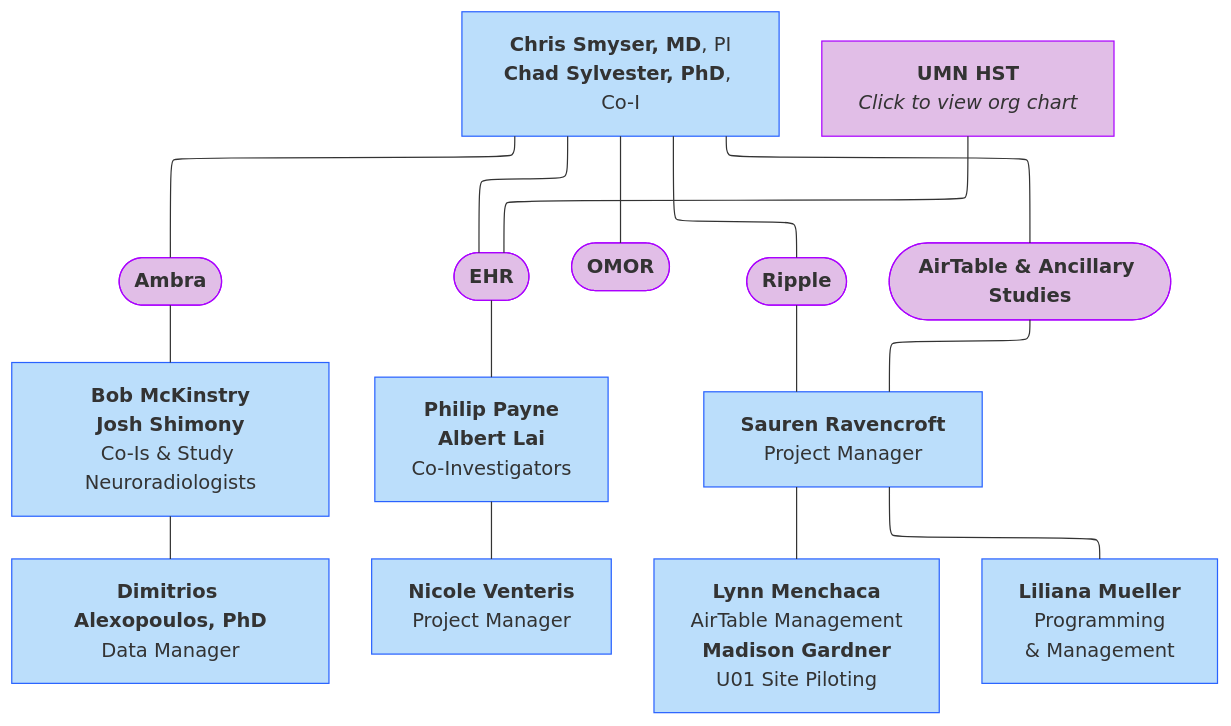
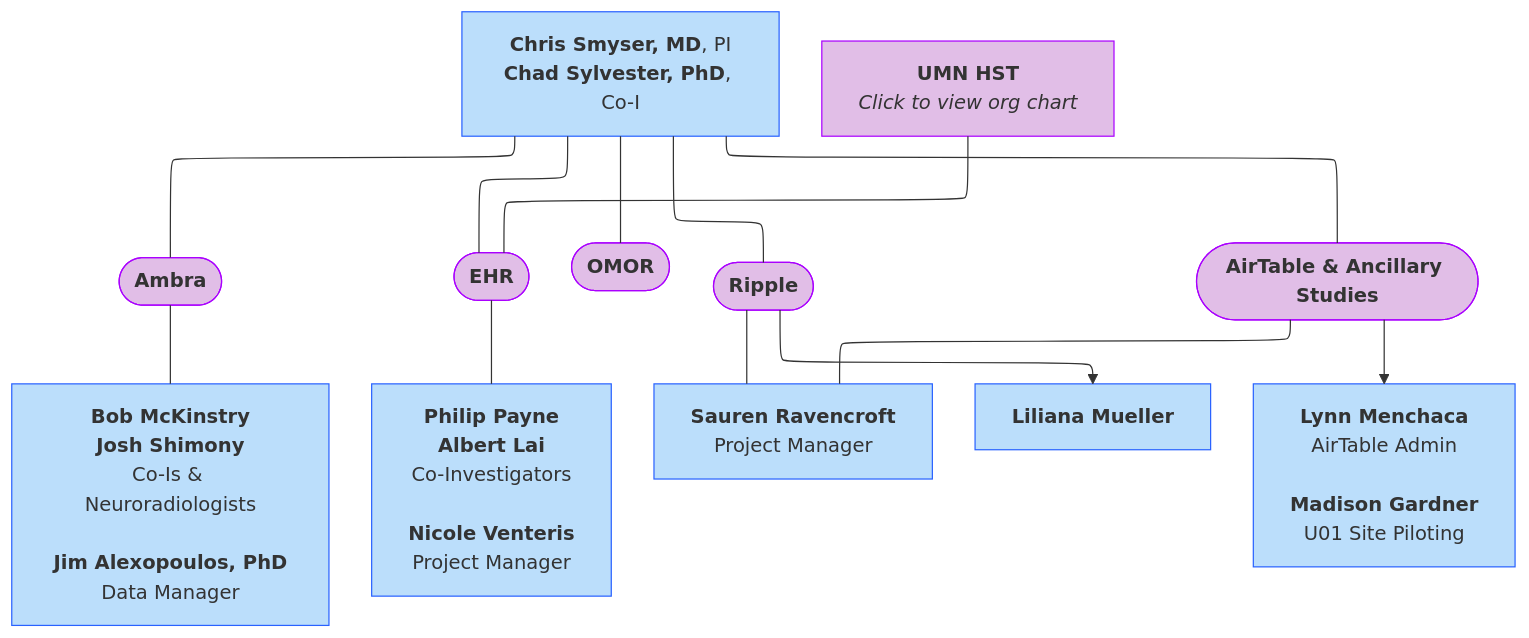
The eighth of 9 diagrams in docs/orgcharts.md (DCAN-Labs/hbcd-docs-internal), drawn with Mermaid before and after one commit.

Commit message:
update WashU

````diff
--- a/docs/orgcharts.md
+++ b/docs/orgcharts.md
@@ -404,35 +404,31 @@
 ```mermaid
 ---
 config:
   layout: elk
 ---
 flowchart TB
-    A["<b>Chris Smyser, MD</b>, PI<br><b>Chad Sylvester, PhD</b>, Co-I"] --- ambra(["<b>Ambra</b>"]) & C(["<b>EHR</b><br>"]) & n11(["<b>OMOR</b>"])
-    ambra --- n1["<b>Bob McKinstry</b><br><b>Josh Shimony</b><br>Co-Is &amp; Study Neuroradiologists"]
-    n1 --- n2["<b>Dimitrios Alexopoulos, PhD</b><br>Data Manager"]
-    C --- n3["<b>Philip Payne</b><br><b>Albert Lai</b><br>Co-Investigators"]
-    n3 --- n4["<b>Nicole Venteris</b><br>Project Manager"]
+    A["<b>Chris Smyser, MD</b>, PI<br><b>Chad Sylvester, PhD</b>, Co-I"] --- ambra(["<b>Ambra</b>"]) & C(["<b>EHR</b><br>"]) & n11(["<b>OMOR</b>"]) & n5(["<b>Ripple</b>"]) & n6(["<b>AirTable &amp; Ancillary Studies</b>"])
+    ambra --- n1["<b>Bob McKinstry</b><br><b>Josh Shimony</b><br>Co-Is &amp; Neuroradiologists<br><br><b>Jim Alexopoulos, PhD</b><br>Data Manager"]
+    C --- n3["<b>Philip Payne</b><br><b>Albert Lai</b><br>Co-Investigators<br><br><b>Nicole Venteris</b><br>Project Manager"]
     n12["<b>UMN HST</b><br><i>Click to view org chart</i>"] --- C
-    n5(["<b>Ripple</b>"]) --- B["<b>Sauren Ravencroft</b><br>Project Manager"]
-    A --- n5 & n6(["<b>AirTable &amp; Ancillary Studies</b>"])
-    B --- n8["<b>Lynn Menchaca</b><br>AirTable Management<br><b>Madison Gardner</b><br>U01 Site Piloting"] & n9["<b>Liliana Mueller</b><br>Programming<br>&amp; Management"]
+    n5 --- B["<b>Sauren Ravencroft</b><br>Project Manager"]
     n6 --- B
+    n5 --> n9["<b>Liliana Mueller</b>"]
+    n6 --> n8["<b>Lynn Menchaca</b><br>AirTable Admin<br><br><b>Madison Gardner</b><br>U01 Site Piloting"]
     style A fill:#BBDEFB,stroke:#2962FF
     style ambra fill:#E1BEE7,stroke:#AA00FF
     style C fill:#E1BEE7,stroke:#AA00FF
     style n11 fill:#E1BEE7,stroke:#AA00FF
+    style n5 fill:#E1BEE7,stroke:#AA00FF
+    style n6 fill:#E1BEE7,stroke:#AA00FF
     style n1 fill:#BBDEFB,stroke:#2962FF
-    style n2 fill:#BBDEFB,stroke:#2962FF
     style n3 fill:#BBDEFB,stroke:#2962FF
-    style n4 fill:#BBDEFB,stroke:#2962FF
     style n12 fill:#E1BEE7,stroke:#AA00FF
-    style n5 fill:#E1BEE7,stroke:#AA00FF
     style B fill:#BBDEFB,stroke:#2962FF
-    style n6 fill:#E1BEE7,stroke:#AA00FF
+    style n9 fill:#BBDEFB,stroke:#2962FF
     style n8 fill:#BBDEFB,stroke:#2962FF
-    style n9 fill:#BBDEFB,stroke:#2962FF
     click ambra "#ambra"
-    click n12 "#health-sciences-technology"
     click n5 "#ripple-science"
     click n6 "#airtable"
+    click n12 "#health-sciences-technology"
 ```
````
